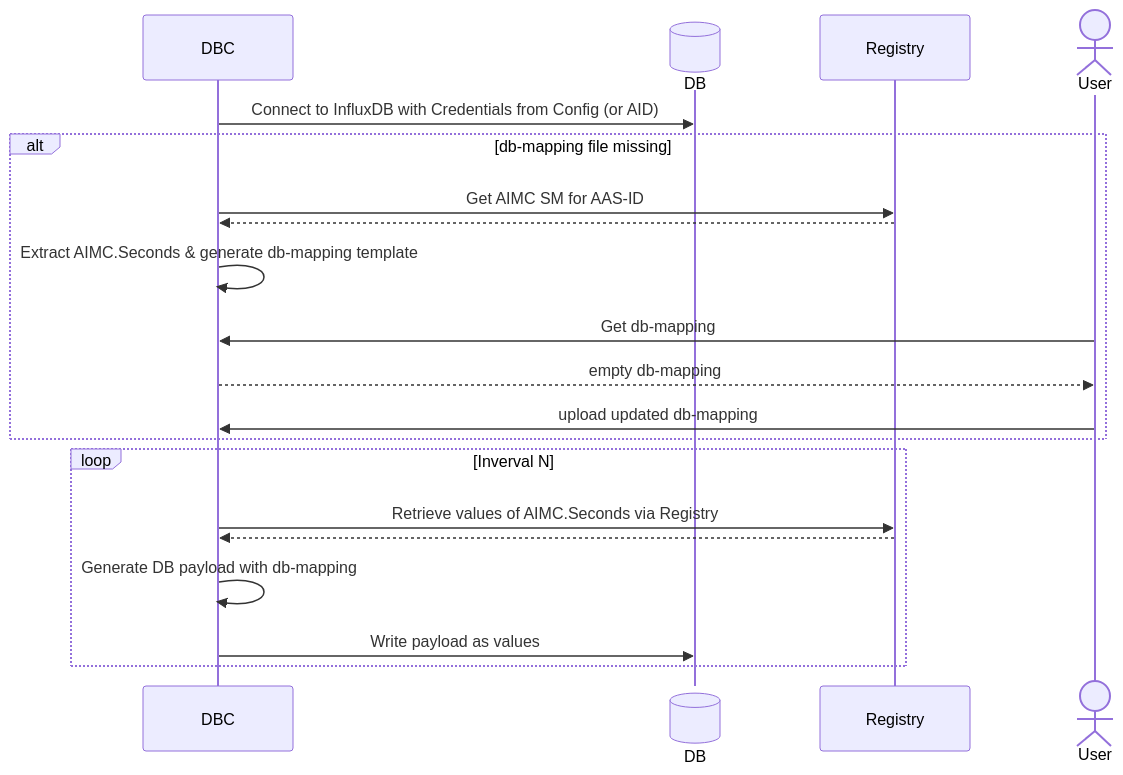
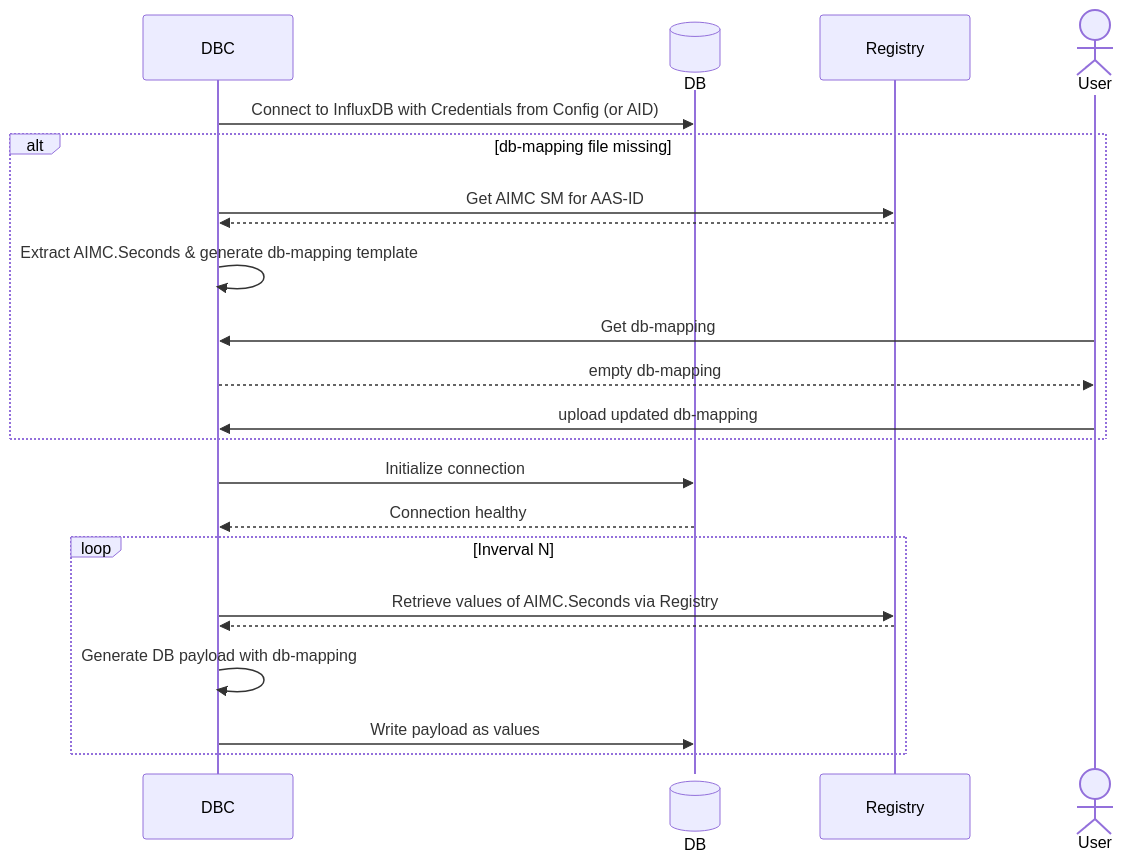
One commit to fluid40/ms-database-connector changed the second of 4 diagrams in docs/process.md. Above: the diagram before and after it, drawn with Mermaid. The commit also changed other lines of this file and 12 other files, not shown here.

````diff
--- a/docs/process.md
+++ b/docs/process.md
@@ -48,23 +48,25 @@
 ```mermaid
 sequenceDiagram
     participant DBC
     participant DB@{ "type" : "database" }
     participant Registry
     actor User
 
     DBC->>DB: Connect to InfluxDB with Credentials from Config (or AID)
     alt db-mapping file missing
         DBC->>Registry: Get AIMC SM for AAS-ID
         Registry-->>DBC:
         DBC->>DBC: Extract AIMC.Seconds & generate db-mapping template
         User->>DBC: Get db-mapping
         DBC-->>User: empty db-mapping
         User->>DBC: upload updated db-mapping
     end
+    DBC->>DB: Initialize connection
+    DB-->>DBC: Connection healthy
     loop Inverval N
         DBC->>Registry: Retrieve values of AIMC.Seconds via Registry
         Registry-->>DBC:
         DBC->>DBC: Generate DB payload with db-mapping
         DBC->>DB: Write payload as values
     end
 ```
````
